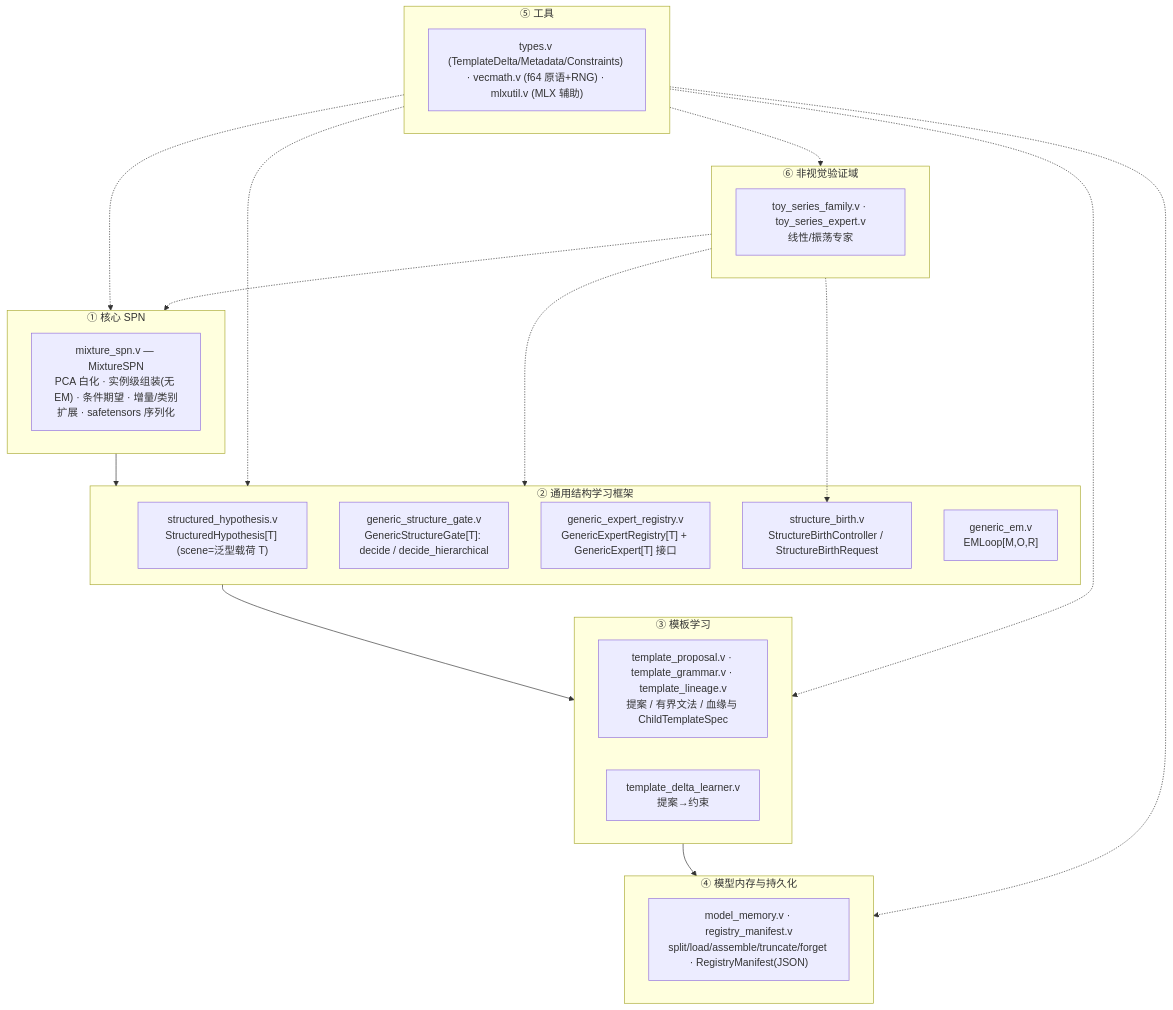
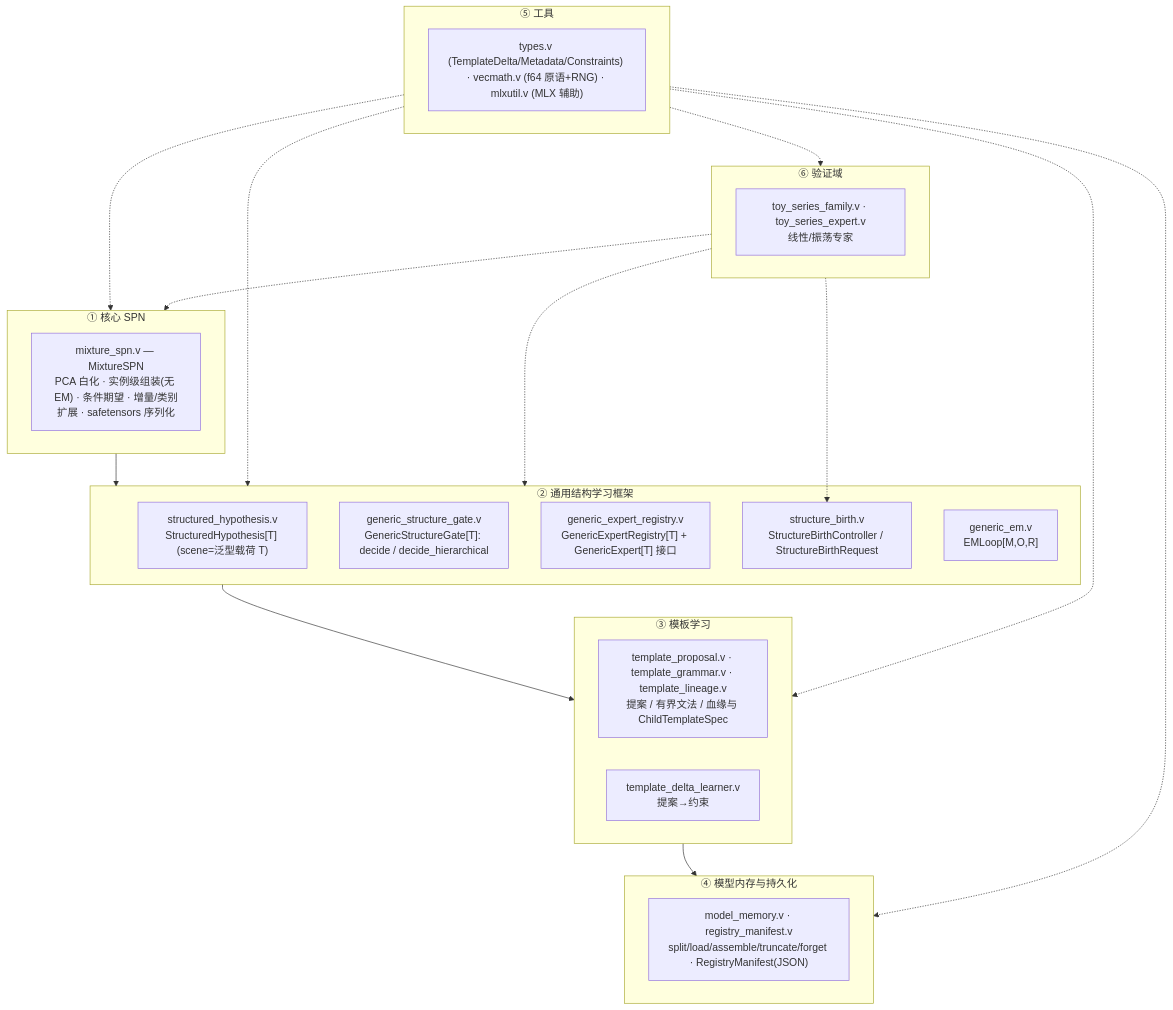
Before and after one commit to aki-xavier/conger: the first of 2 diagrams in docs/architecture.md, drawn with Mermaid. The commit also changed other lines of this file and 20 other files, not shown here.

````diff
--- a/docs/architecture.md
+++ b/docs/architecture.md
@@ -19,29 +16,29 @@
 ```mermaid
 flowchart TD
     subgraph L1["① 核心 SPN"]
         A["mixture_spn.v — MixtureSPN<br/>PCA 白化 · 实例级组装(无 EM) · 条件期望 · 增量/类别扩展 · safetensors 序列化"]
     end
     subgraph L2["② 通用结构学习框架"]
         B["structured_hypothesis.v<br/>StructuredHypothesis[T] (scene=泛型载荷 T)"]
         C["generic_structure_gate.v<br/>GenericStructureGate[T]: decide / decide_hierarchical"]
         D["generic_expert_registry.v<br/>GenericExpertRegistry[T] + GenericExpert[T] 接口"]
         E["structure_birth.v<br/>StructureBirthController / StructureBirthRequest"]
         F["generic_em.v<br/>EMLoop[M,O,R]"]
     end
     subgraph L3["③ 模板学习"]
         G["template_proposal.v · template_grammar.v · template_lineage.v<br/>提案 / 有界文法 / 血缘与 ChildTemplateSpec"]
         H["template_delta_learner.v<br/>提案→约束"]
     end
     subgraph L4["④ 模型内存与持久化"]
         I["model_memory.v · registry_manifest.v<br/>split/load/assemble/truncate/forget · RegistryManifest(JSON)"]
     end
     subgraph L5["⑤ 工具"]
         J["types.v (TemplateDelta/Metadata/Constraints) · vecmath.v (f64 原语+RNG) · mlxutil.v (MLX 辅助)"]
     end
-    subgraph L6["⑥ 非视觉验证域"]
+    subgraph L6["⑥ 验证域"]
         K["toy_series_family.v · toy_series_expert.v<br/>线性/振荡专家"]
     end
     L1 --> L2 --> L3 --> L4
     L5 -.-> L1 & L2 & L3 & L4 & L6
     L6 -.-> L1 & L2 & E
 ```
````
